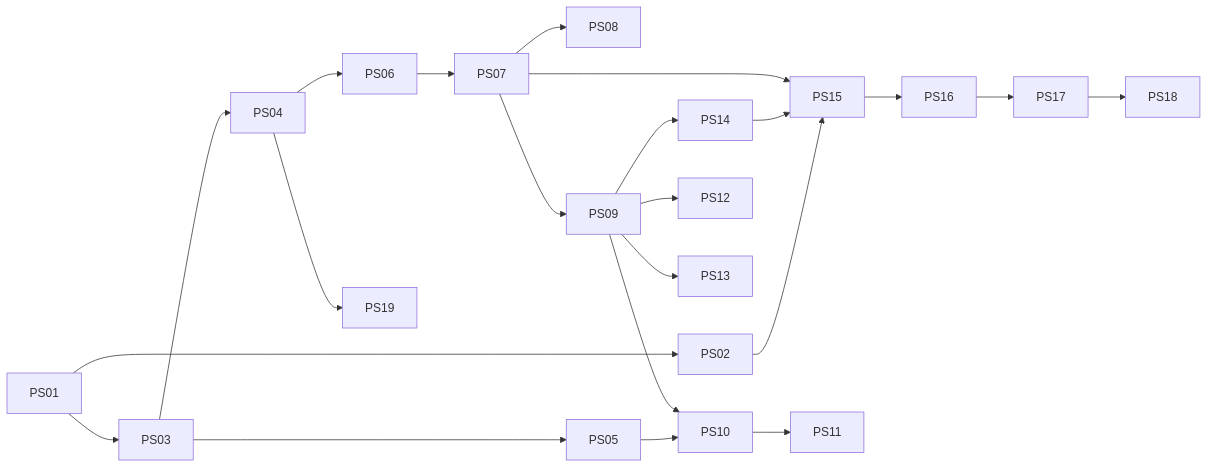
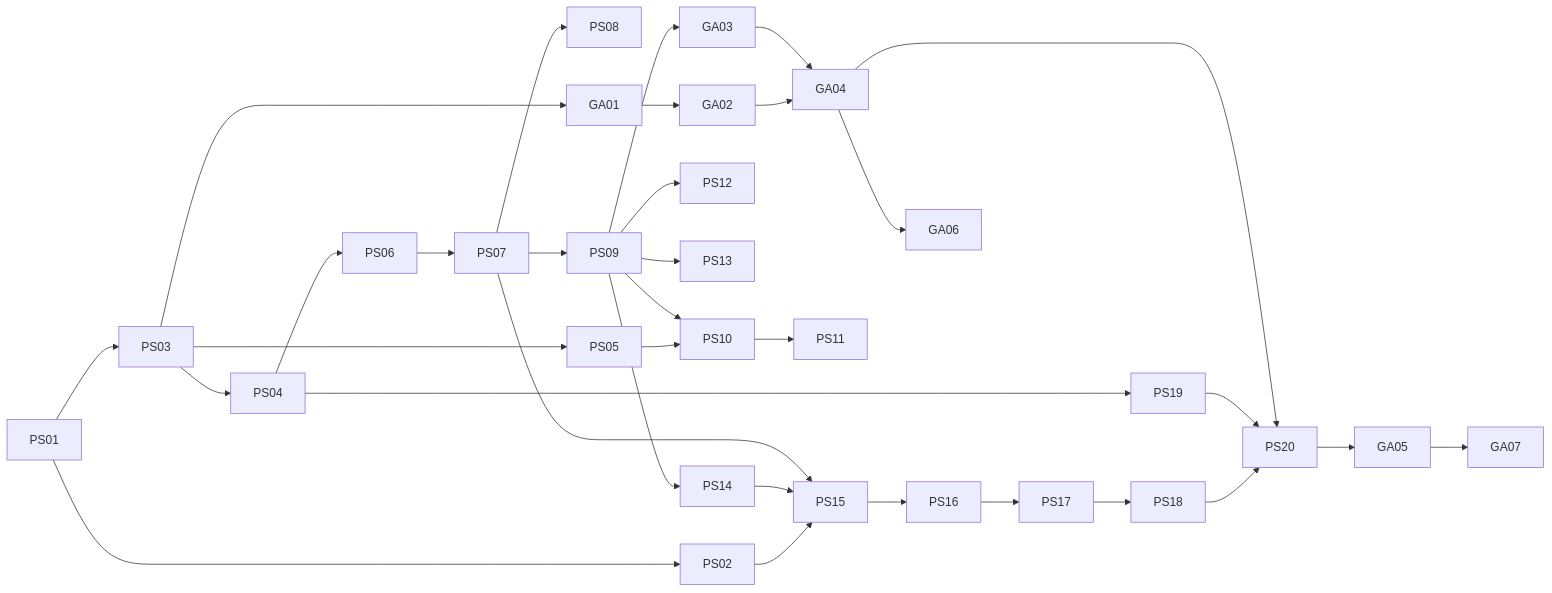
Before and after one commit to svennijhuis/agentPacks: the diagram in docs/pbi/squad/README.md, drawn with Mermaid. The commit also changed other lines of this file and 31 other files, not shown here.

````diff
--- a/docs/pbi/squad/README.md
+++ b/docs/pbi/squad/README.md
@@ -66,13 +83,20 @@
 ```mermaid
 flowchart LR
   PS01 --> PS02 --> PS15
   PS01 --> PS03 --> PS04 --> PS06 --> PS07 --> PS08
   PS03 --> PS05 --> PS10
   PS07 --> PS09
   PS09 --> PS10 --> PS11
   PS09 --> PS12
   PS09 --> PS13
   PS09 --> PS14 --> PS15
   PS07 --> PS15 --> PS16 --> PS17 --> PS18
   PS04 --> PS19
+  PS03 --> GA01 --> GA02 --> GA04
+  PS09 --> GA03 --> GA04
+  PS18 --> PS20
+  PS19 --> PS20
+  GA04 --> PS20
+  GA04 --> GA06
+  PS20 --> GA05 --> GA07
 ```
````
